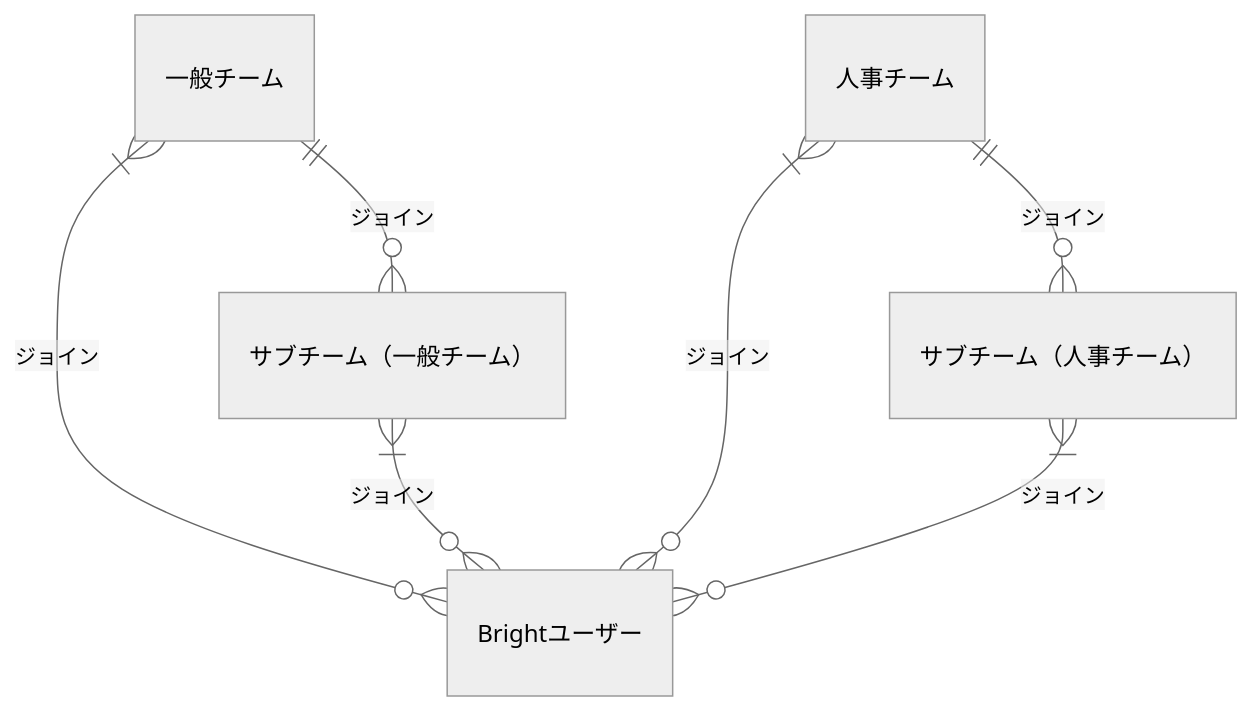
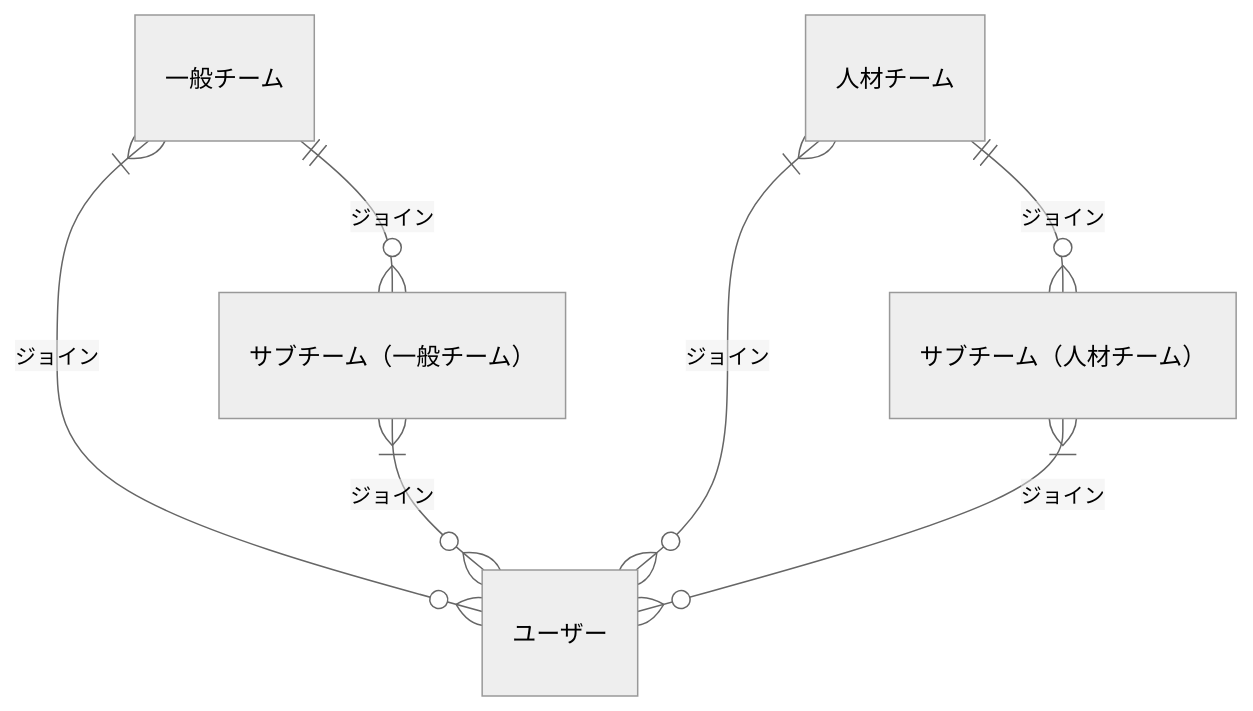
The eighth of 11 diagrams in docs/conceptual_schemas/users.md (bright-org/bright), drawn with Mermaid (neutral theme) before and after one commit. The commit also changed other lines of this file, not shown here.

````diff
--- a/docs/conceptual_schemas/users.md
+++ b/docs/conceptual_schemas/users.md
@@ -115,10 +111,10 @@
 ```mermaid
 erDiagram
-  "一般チーム"}|--o{"Brightユーザー" : "ジョイン"
+  "一般チーム"}|--o{"ユーザー" : "ジョイン"
   "一般チーム"||--o{"サブチーム（一般チーム）" : "ジョイン"
-  "サブチーム（一般チーム）"}|--o{"Brightユーザー" : "ジョイン"
+  "サブチーム（一般チーム）"}|--o{"ユーザー" : "ジョイン"
 
-  "人事チーム"}|--o{"Brightユーザー" : "ジョイン"
-  "人事チーム"||--o{"サブチーム（人事チーム）" : "ジョイン"
-  "サブチーム（人事チーム）"}|--o{"Brightユーザー" : "ジョイン"
+  "人材チーム"}|--o{"ユーザー" : "ジョイン"
+  "人材チーム"||--o{"サブチーム（人材チーム）" : "ジョイン"
+  "サブチーム（人材チーム）"}|--o{"ユーザー" : "ジョイン"
 ```
````
